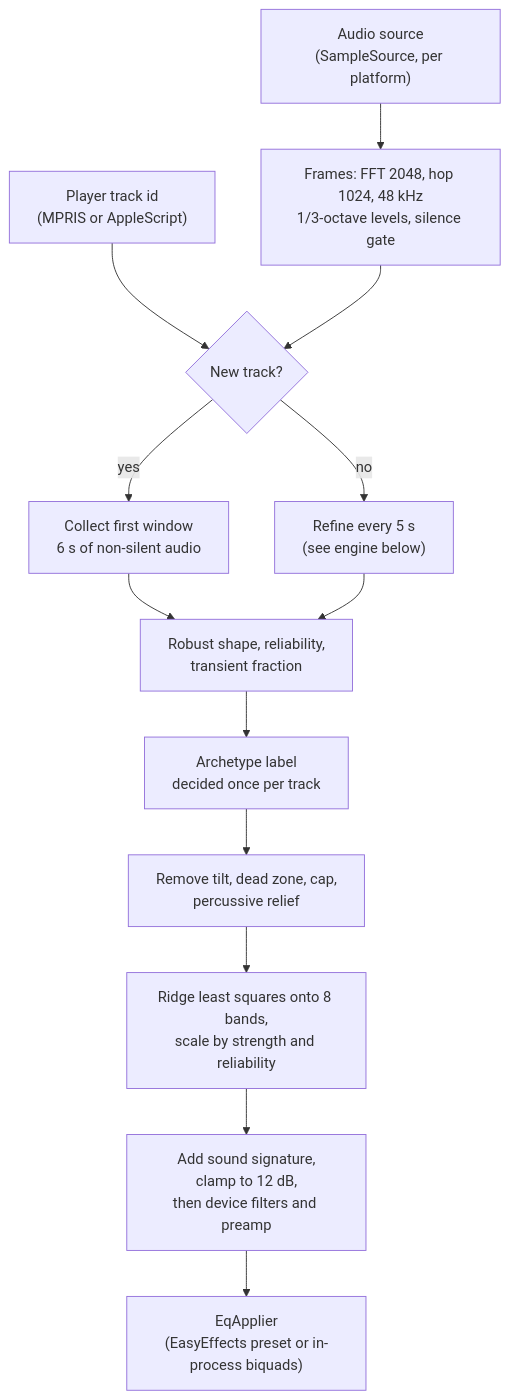
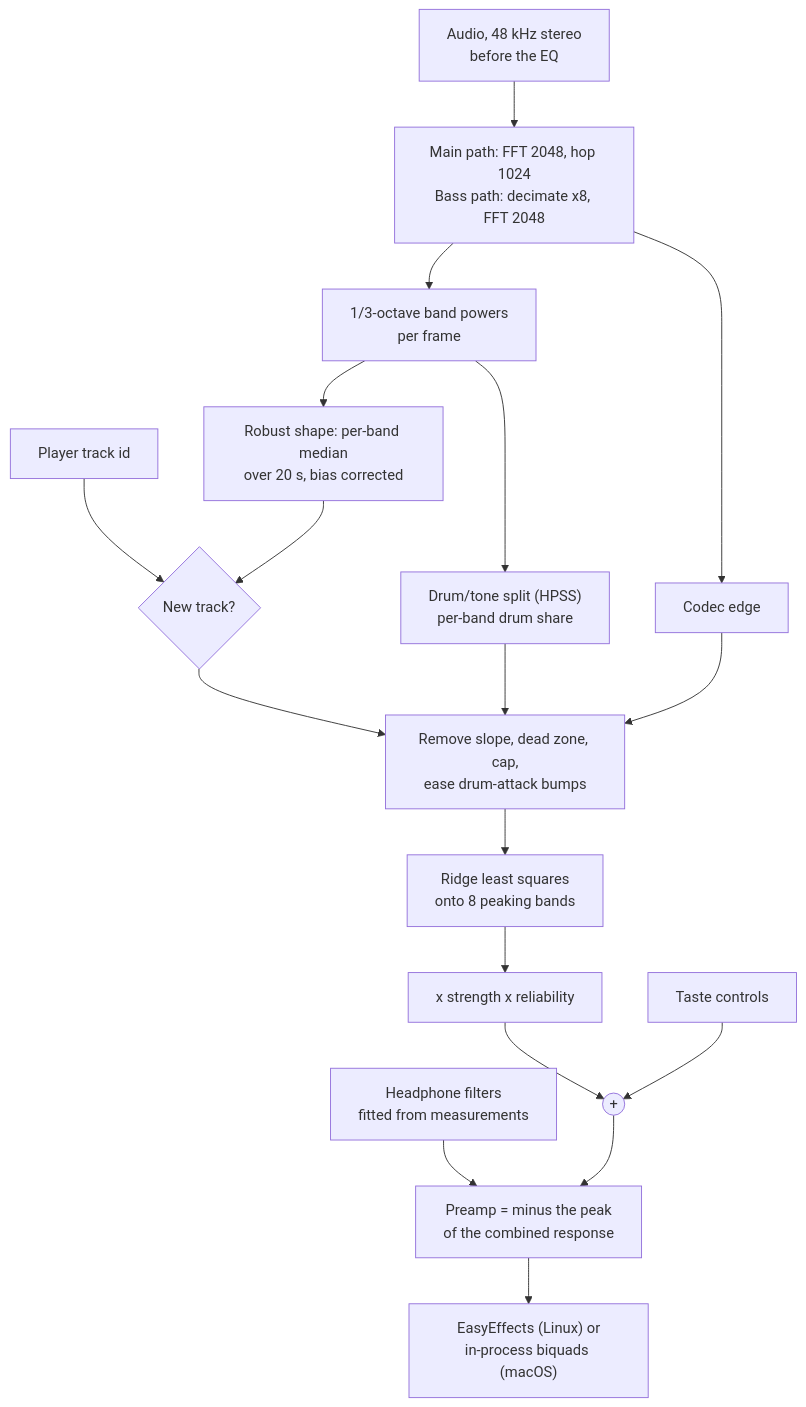
The first of 2 diagrams in TECHNICAL.md (rizqyep/leungo), drawn with Mermaid before and after one commit. The commit also changed other lines of this file and 4 other files, not shown here.

First line of the commit message:
Rewrite README and TECHNICAL.md, add ROADMAP.md and screenshots

````diff
--- a/TECHNICAL.md
+++ b/TECHNICAL.md
@@ -29,15 +53,20 @@
 ```mermaid
 flowchart TD
-    SRC["Audio source<br/>(SampleSource, per platform)"] --> FR["Frames: FFT 2048, hop 1024, 48 kHz<br/>1/3-octave levels, silence gate"]
-    PL["Player track id<br/>(MPRIS or AppleScript)"] --> TB{"New track?"}
-    FR --> TB
-    TB -->|yes| WIN["Collect first window<br/>6 s of non-silent audio"]
-    TB -->|no| REF["Refine every 5 s<br/>(see engine below)"]
-    WIN --> MEAS["Robust shape, reliability,<br/>transient fraction"]
-    REF --> MEAS
-    MEAS --> CLS["Archetype label<br/>decided once per track"]
-    CLS --> SHP["Remove tilt, dead zone, cap,<br/>percussive relief"]
-    SHP --> FIT["Ridge least squares onto 8 bands,<br/>scale by strength and reliability"]
-    FIT --> ADD["Add sound signature,<br/>clamp to 12 dB,<br/>then device filters and preamp"]
-    ADD --> APP["EqApplier<br/>(EasyEffects preset or in-process biquads)"]
+    SRC["Audio, 48 kHz stereo<br/>before the EQ"] --> FFT["Main path: FFT 2048, hop 1024<br/>Bass path: decimate x8, FFT 2048"]
+    FFT --> BAND["1/3-octave band powers<br/>per frame"]
+    BAND --> TRK["Robust shape: per-band median<br/>over 20 s, bias corrected"]
+    BAND --> HP["Drum/tone split (HPSS)<br/>per-band drum share"]
+    FFT --> EDGE["Codec edge"]
+    PL["Player track id"] --> ENG{"New track?"}
+    TRK --> ENG
+    ENG --> SHP["Remove slope, dead zone, cap,<br/>ease drum-attack bumps"]
+    HP --> SHP
+    EDGE --> SHP
+    SHP --> LS["Ridge least squares<br/>onto 8 peaking bands"]
+    LS --> SC["x strength x reliability"]
+    SC --> SUM(("+"))
+    SIG["Taste controls"] --> SUM
+    HEAD["Headphone filters<br/>fitted from measurements"] --> PRE
+    SUM --> PRE["Preamp = minus the peak<br/>of the combined response"]
+    PRE --> APP["EasyEffects (Linux) or<br/>in-process biquads (macOS)"]
 ```
````
